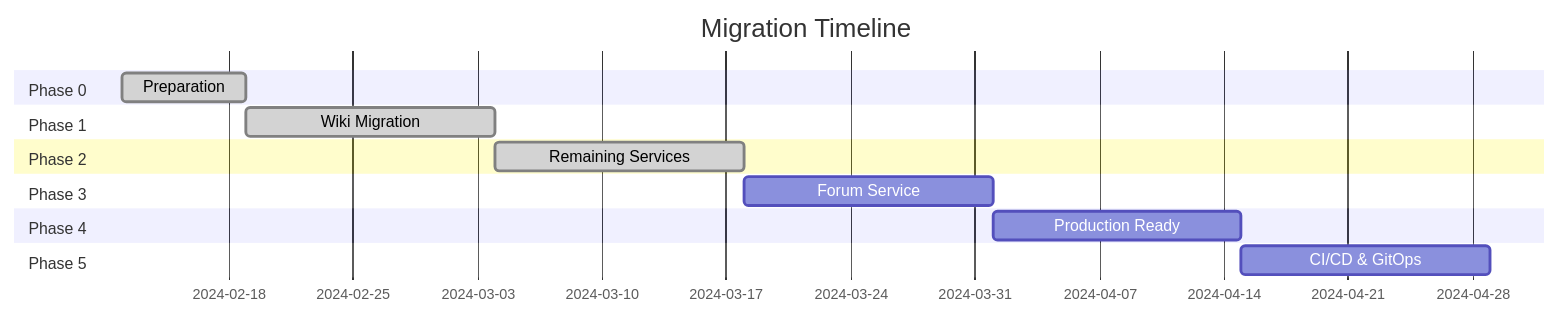
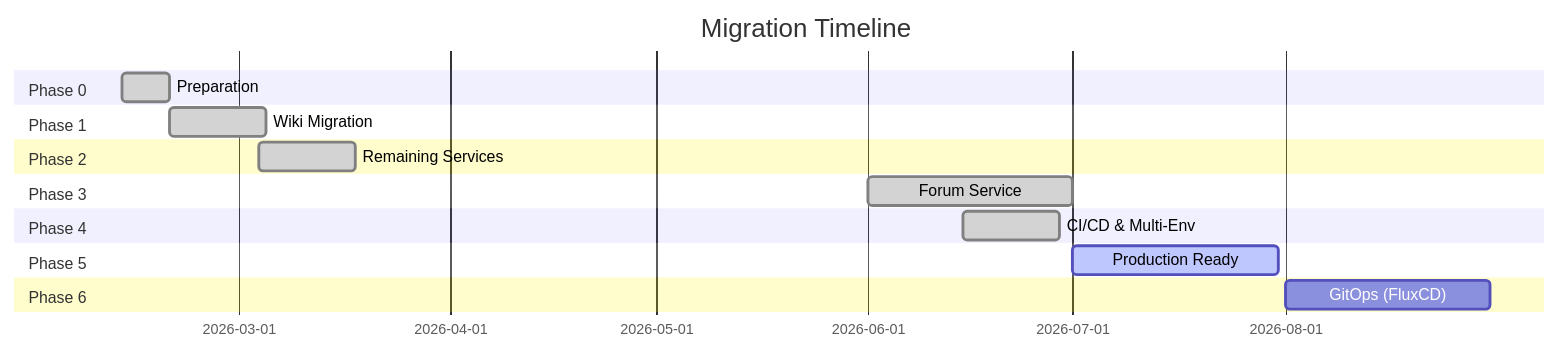
The diagram in docs/migration-strategy.md (cybaxx/FishStack-k3d), drawn with Mermaid before and after one commit. The commit also changed other lines of this file and 1 other file, not shown here.

First line of the commit message:
docs: sync README and migration-strategy with current repo state

````diff
--- a/docs/migration-strategy.md
+++ b/docs/migration-strategy.md
@@ -466,17 +459,19 @@
 ```mermaid
 gantt
     title Migration Timeline
     dateFormat  YYYY-MM-DD
     section Phase 0
-    Preparation          :done, 2024-02-12, 7d
+    Preparation          :done, 2026-02-12, 7d
     section Phase 1
-    Wiki Migration       :done, 2024-02-19, 14d
+    Wiki Migration       :done, 2026-02-19, 14d
     section Phase 2
-    Remaining Services   :done, 2024-03-04, 14d
+    Remaining Services   :done, 2026-03-04, 14d
     section Phase 3
-    Forum Service        :2024-03-18, 14d
+    Forum Service        :done, 2026-06-01, 30d
     section Phase 4
-    Production Ready     :2024-04-01, 14d
+    CI/CD & Multi-Env    :done, 2026-06-15, 14d
     section Phase 5
-    CI/CD & GitOps       :2024-04-15, 14d
+    Production Ready     :active, 2026-07-01, 30d
+    section Phase 6
+    GitOps (FluxCD)      :2026-08-01, 30d
 ```
````
